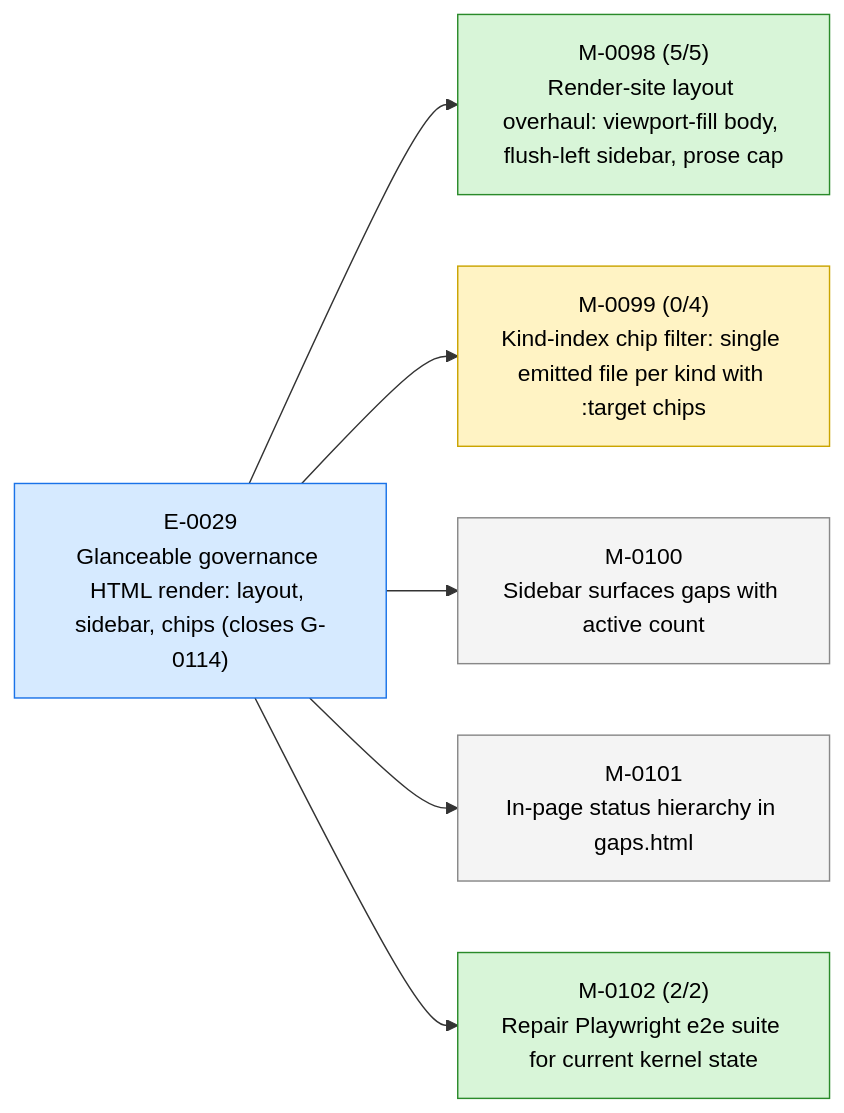
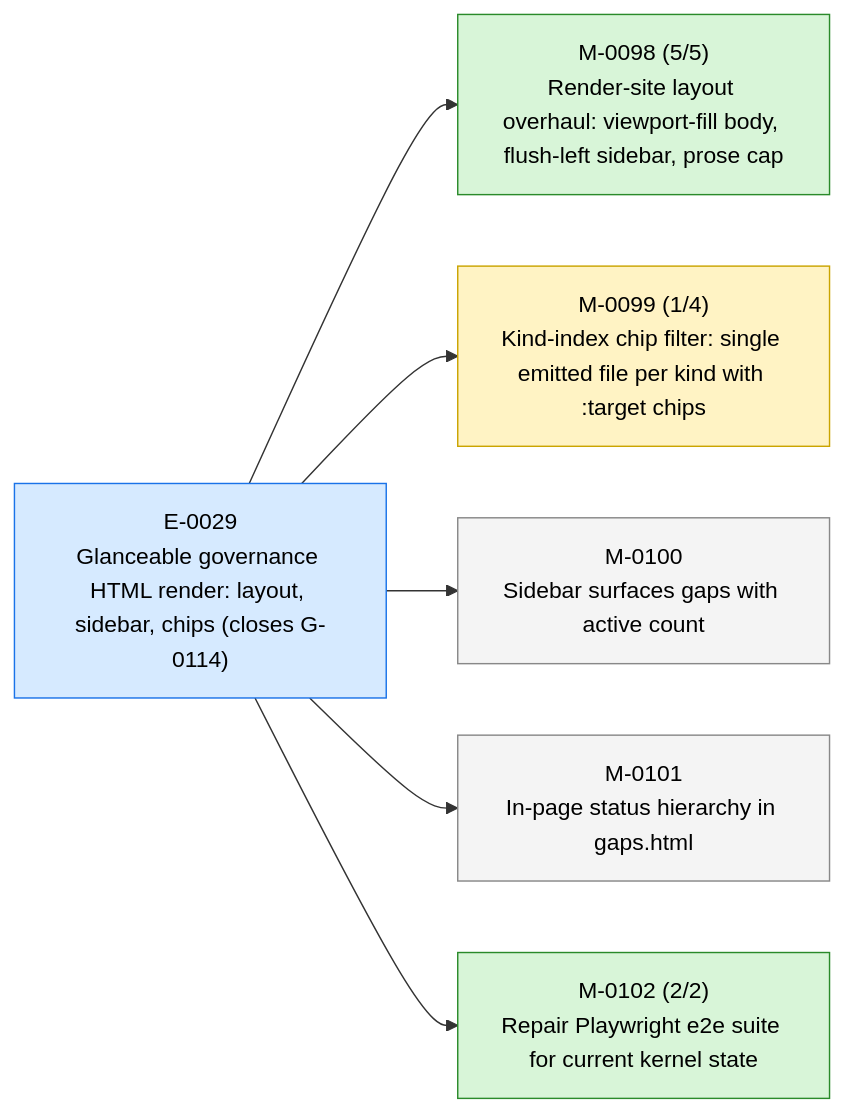
The first of 3 diagrams in STATUS.md (23min/aiwf), drawn with Mermaid before and after one commit. The commit also changed other lines of this file and 1 other file, not shown here.

````diff
--- a/STATUS.md
+++ b/STATUS.md
@@ -17,20 +17,20 @@
 ```mermaid
 flowchart LR
   E_0029["E-0029<br/>Glanceable governance HTML render: layout, sidebar, chips (closes G-0114)"]:::epic_active
   M_0098["M-0098 (5/5)<br/>Render-site layout overhaul: viewport-fill body, flush-left sidebar, prose cap"]:::ms_done
   E_0029 --> M_0098
-  M_0099["M-0099 (0/4)<br/>Kind-index chip filter: single emitted file per kind with :target chips"]:::ms_in_progress
+  M_0099["M-0099 (1/4)<br/>Kind-index chip filter: single emitted file per kind with :target chips"]:::ms_in_progress
   E_0029 --> M_0099
   M_0100["M-0100<br/>Sidebar surfaces gaps with active count"]:::ms_draft
   E_0029 --> M_0100
   M_0101["M-0101<br/>In-page status hierarchy in gaps.html"]:::ms_draft
   E_0029 --> M_0101
   M_0102["M-0102 (2/2)<br/>Repair Playwright e2e suite for current kernel state"]:::ms_done
   E_0029 --> M_0102
   classDef epic_active fill:#d6eaff,stroke:#1a73e8,color:#000
   classDef epic_proposed fill:#f4f4f4,stroke:#888,color:#000
   classDef ms_done fill:#d8f5d8,stroke:#2a8a2a,color:#000
   classDef ms_in_progress fill:#fff3c4,stroke:#caa400,color:#000
   classDef ms_draft fill:#f4f4f4,stroke:#888,color:#000
   classDef ms_cancelled fill:#fbeaea,stroke:#c33,color:#000
 ```
````
